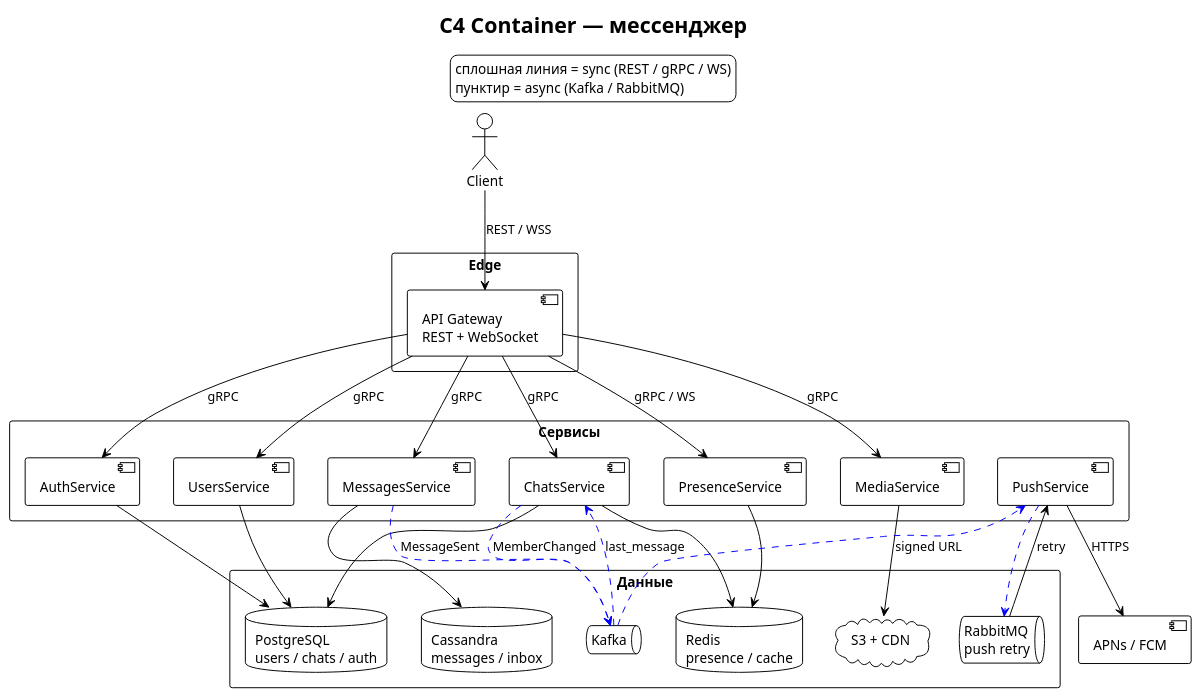
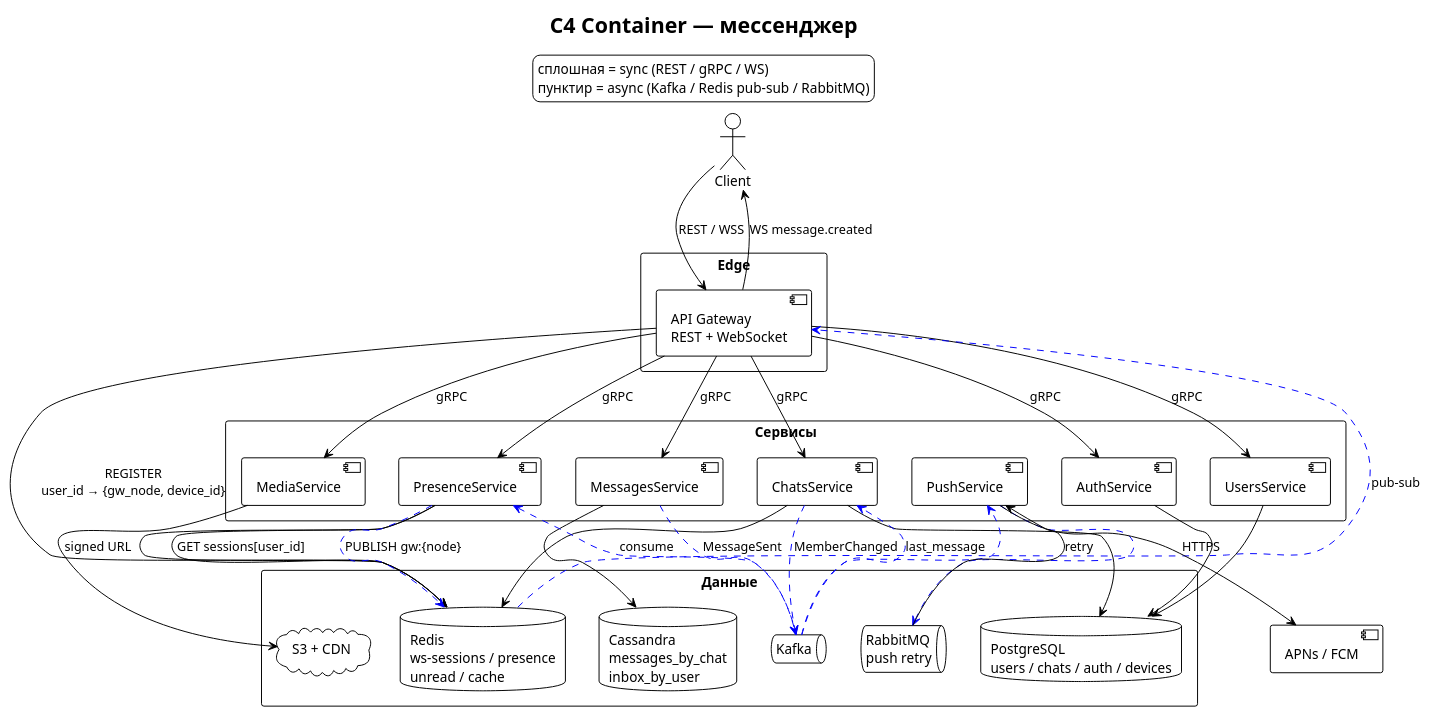
One commit to f3nrryr/homework-26 changed the diagram in hw_06/solution/diagrams/C4_Container.puml. Above: the diagram before and after it, drawn with PlantUML.

Commit message:
Refine C4 Container diagram with detailed database info
Updated database descriptions and added Redis pub-sub interactions.

```diff
--- a/hw_06/solution/diagrams/C4_Container.puml
+++ b/hw_06/solution/diagrams/C4_Container.puml
@@ -1,58 +1,64 @@
 @startuml C4_Container
 !theme plain
 skinparam shadowing false
 title C4 Container — мессенджер
 legend top
-  сплошная линия = sync (REST / gRPC / WS)
-  пунктир = async (Kafka / RabbitMQ)
+  сплошная = sync (REST / gRPC / WS)
+  пунктир = async (Kafka / Redis pub-sub / RabbitMQ)
 endlegend
 
 actor Client
 
 rectangle "Edge" {
   [API Gateway\nREST + WebSocket] as GW
 }
 
 rectangle "Сервисы" {
   [AuthService] as Auth
   [UsersService] as Users
   [ChatsService] as Chats
   [MessagesService] as Msg
   [MediaService] as Media
   [PresenceService] as Pres
   [PushService] as Push
 }
 
 rectangle "Данные" {
-  database "PostgreSQL\nusers / chats / auth" as PG
-  database "Cassandra\nmessages / inbox" as CAS
-  database "Redis\npresence / cache" as Redis
+  database "PostgreSQL\nusers / chats / auth / devices" as PG
+  database "Cassandra\nmessages_by_chat\ninbox_by_user" as CAS
+  database "Redis\nws-sessions / presence\nunread / cache" as Redis
   queue "Kafka" as Kafka
   queue "RabbitMQ\npush retry" as RQ
   cloud "S3 + CDN" as S3
 }
 
 Client --> GW : REST / WSS
 GW --> Auth : gRPC
 GW --> Users : gRPC
 GW --> Chats : gRPC
 GW --> Msg : gRPC
 GW --> Media : gRPC
-GW --> Pres : gRPC / WS
+GW --> Pres : gRPC
+GW --> Redis : REGISTER\nuser_id → {gw_node, device_id}
 
 Auth --> PG
 Users --> PG
 Chats --> PG
 Msg --> CAS
 Pres --> Redis
 Chats --> Redis
 Media --> S3 : signed URL
 
 Msg -[#blue,dashed]-> Kafka : MessageSent
 Chats -[#blue,dashed]-> Kafka : MemberChanged
+Kafka -[#blue,dashed]-> Pres : consume
+Pres --> Redis : GET sessions[user_id]
+Pres -[#blue,dashed]-> Redis : PUBLISH gw:{node}
+Redis -[#blue,dashed]-> GW : pub-sub
+GW --> Client : WS message.created
 Kafka -[#blue,dashed]-> Push
 Kafka -[#blue,dashed]-> Chats : last_message
 Push -[#blue,dashed]-> RQ
 RQ --> Push : retry
 Push --> [APNs / FCM] : HTTPS
 @enduml
```
